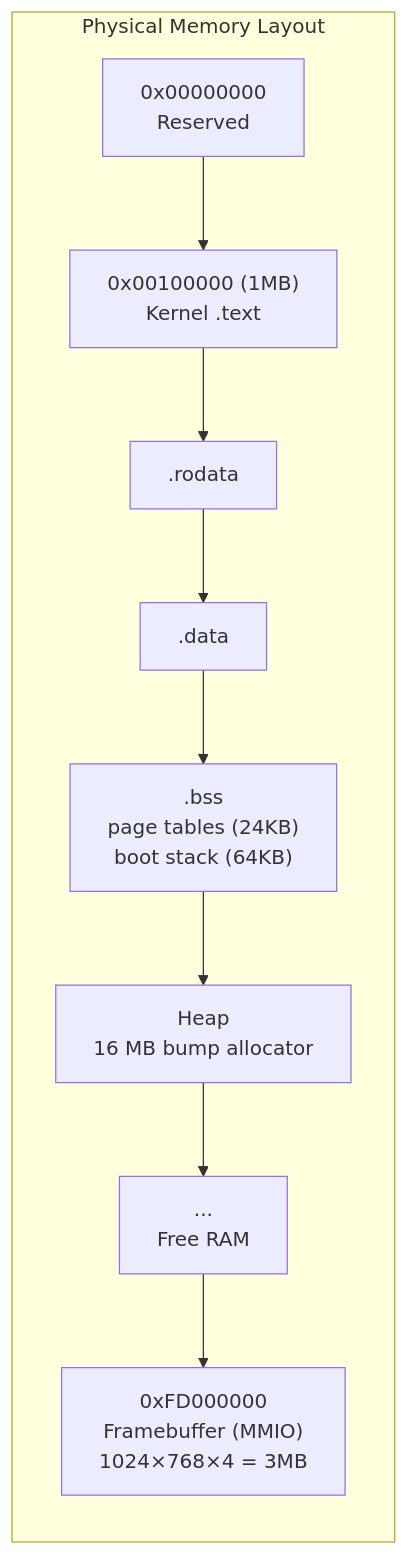
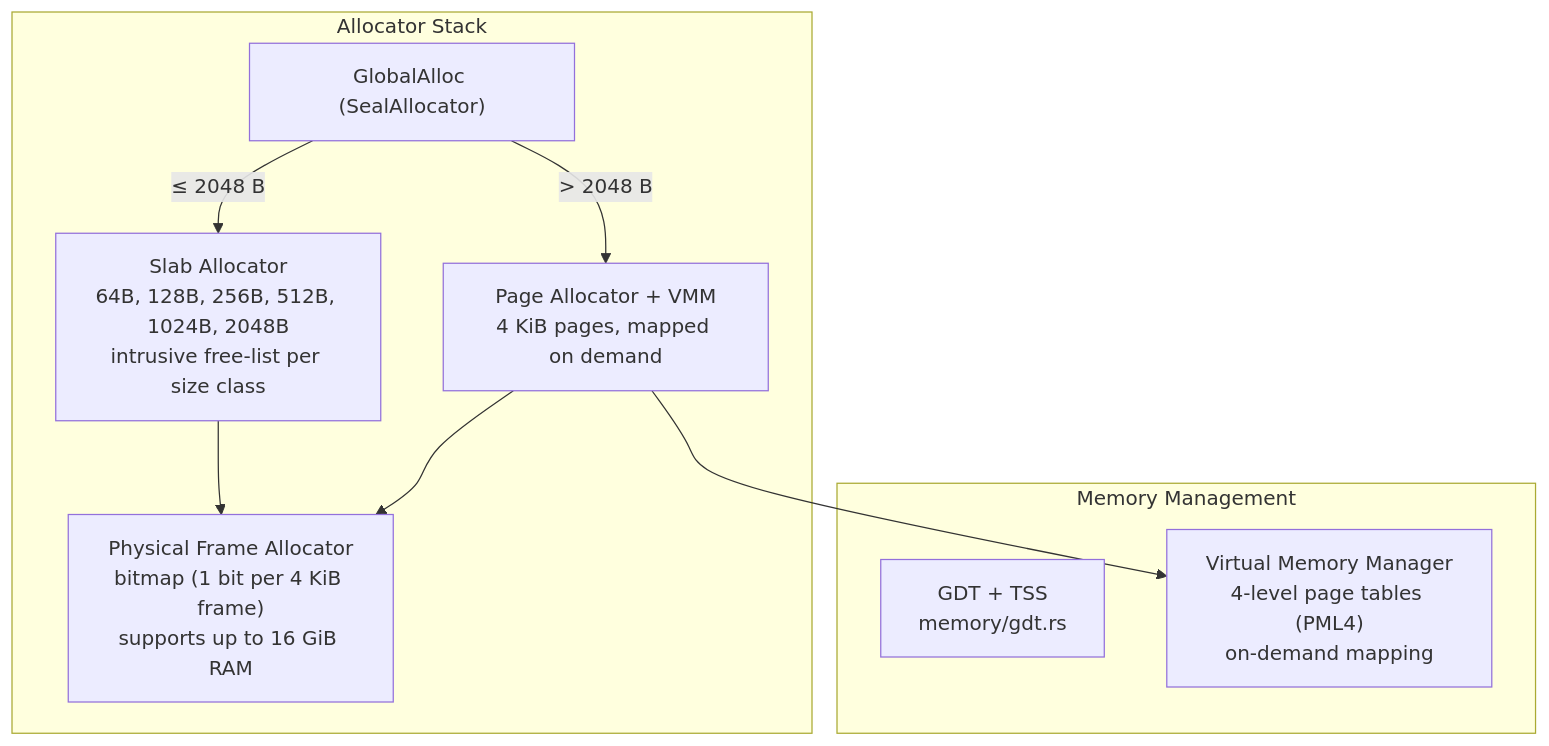
The third of 15 diagrams in README.md (teerthsharma/Epsilon-Hollow), drawn with Mermaid before and after one commit. The commit also changed other lines of this file and 21 other files, not shown here.

````diff
--- a/README.md
+++ b/README.md
@@ -203,12 +199,21 @@
 ```mermaid
-graph LR
-    subgraph "Physical Memory Layout"
-        A["0x00000000<br/>Reserved"] --> B["0x00100000 (1MB)<br/>Kernel .text"]
-        B --> C[".rodata"]
-        C --> D[".data"]
-        D --> E[".bss<br/>page tables (24KB)<br/>boot stack (64KB)"]
-        E --> F["Heap<br/>16 MB bump allocator"]
-        F --> G["...<br/>Free RAM"]
-        G --> H["0xFD000000<br/>Framebuffer (MMIO)<br/>1024×768×4 = 3MB"]
+graph TD
+    subgraph "Allocator Stack"
+        GLOBAL["GlobalAlloc (SealAllocator)"]
+        SLAB["Slab Allocator<br/>64B, 128B, 256B, 512B, 1024B, 2048B<br/>intrusive free-list per size class"]
+        PAGE["Page Allocator + VMM<br/>4 KiB pages, mapped on demand"]
+        PHYS["Physical Frame Allocator<br/>bitmap (1 bit per 4 KiB frame)<br/>supports up to 16 GiB RAM"]
     end
+
+    GLOBAL -->|"≤ 2048 B"| SLAB
+    GLOBAL -->|"> 2048 B"| PAGE
+    SLAB --> PHYS
+    PAGE --> PHYS
+
+    subgraph "Memory Management"
+        GDT["GDT + TSS<br/>memory/gdt.rs"]
+        VIRT["Virtual Memory Manager<br/>4-level page tables (PML4)<br/>on-demand mapping"]
+    end
+
+    PAGE --> VIRT
 ```
````
